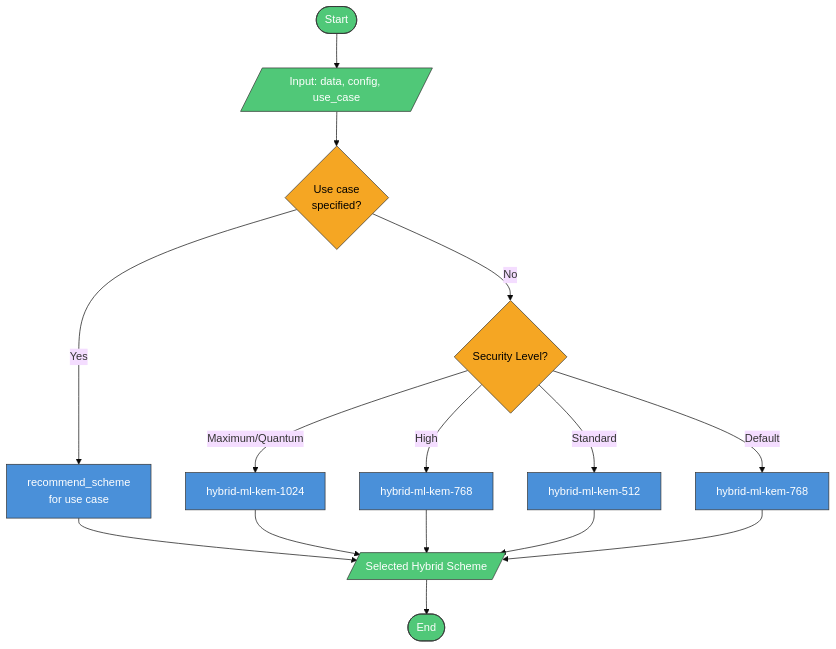
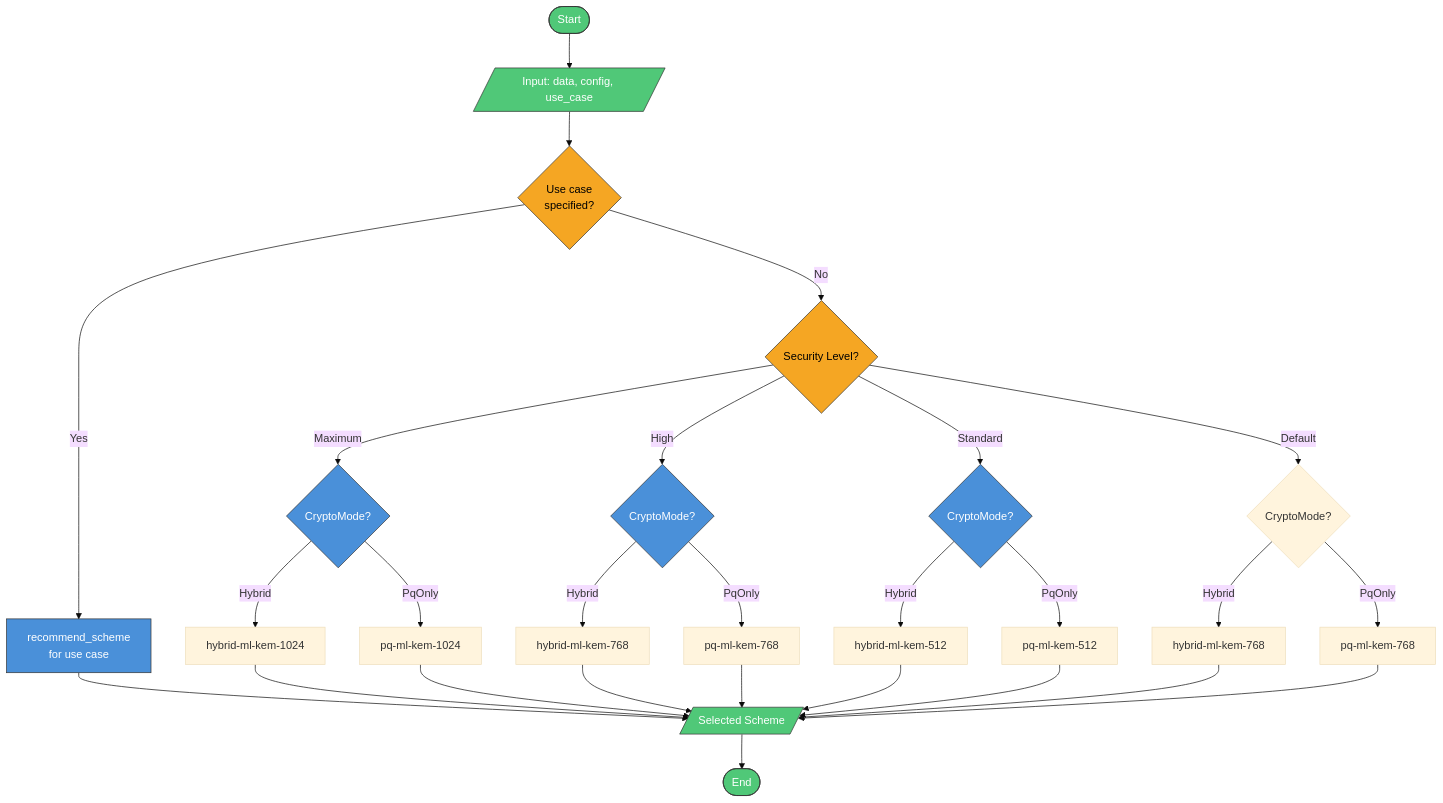
Before and after one commit to LatticeArc/latticearc: the third of 8 diagrams in docs/DESIGN.md, drawn with Mermaid (base theme). The commit also changed other lines of this file and 73 other files, not shown here.

First line of the commit message:
feat(crypto): v0.6.0 — CryptoMode axis, PQ-only encryption, SecurityLevel::Quantum deprecation

````diff
--- a/docs/DESIGN.md
+++ b/docs/DESIGN.md
@@ -186,29 +186,42 @@
 ```mermaid
 flowchart TD
     START([Start]) --> INPUT[/"Input: data, config, use_case"/]
     INPUT --> USECASE{Use case<br/>specified?}
 
     USECASE -->|Yes| RECOMMEND[recommend_scheme<br/>for use case]
     USECASE -->|No| SECLEVEL{Security Level?}
 
-    SECLEVEL -->|Maximum/Quantum| MAX[hybrid-ml-kem-1024]
-    SECLEVEL -->|High| HIGH[hybrid-ml-kem-768]
-    SECLEVEL -->|Standard| STD[hybrid-ml-kem-512]
-    SECLEVEL -->|Default| DEFAULT[hybrid-ml-kem-768]
+    SECLEVEL -->|Maximum| MAX{CryptoMode?}
+    SECLEVEL -->|High| HIGH{CryptoMode?}
+    SECLEVEL -->|Standard| STD{CryptoMode?}
+    SECLEVEL -->|Default| DEF{CryptoMode?}
 
-    RECOMMEND --> OUTPUT[/"Selected Hybrid Scheme"/]
-    MAX --> OUTPUT
-    HIGH --> OUTPUT
-    STD --> OUTPUT
-    DEFAULT --> OUTPUT
+    MAX -->|Hybrid| MAX_H[hybrid-ml-kem-1024]
+    MAX -->|PqOnly| MAX_P[pq-ml-kem-1024]
+    HIGH -->|Hybrid| HIGH_H[hybrid-ml-kem-768]
+    HIGH -->|PqOnly| HIGH_P[pq-ml-kem-768]
+    STD -->|Hybrid| STD_H[hybrid-ml-kem-512]
+    STD -->|PqOnly| STD_P[pq-ml-kem-512]
+    DEF -->|Hybrid| DEF_H[hybrid-ml-kem-768]
+    DEF -->|PqOnly| DEF_P[pq-ml-kem-768]
+
+    RECOMMEND --> OUTPUT[/"Selected Scheme"/]
+    MAX_H --> OUTPUT
+    MAX_P --> OUTPUT
+    HIGH_H --> OUTPUT
+    HIGH_P --> OUTPUT
+    STD_H --> OUTPUT
+    STD_P --> OUTPUT
+    DEF_H --> OUTPUT
+    DEF_P --> OUTPUT
 
     OUTPUT --> END([End])
 
     classDef decision fill:#f5a623,stroke:#333,color:#000
     classDef process fill:#4a90d9,stroke:#333,color:#fff
     classDef terminal fill:#50c878,stroke:#333,color:#fff
 
     class USECASE,SECLEVEL decision
     class RECOMMEND,MAX,HIGH,STD,DEFAULT process
     class START,END,INPUT,OUTPUT terminal
 ```
````
